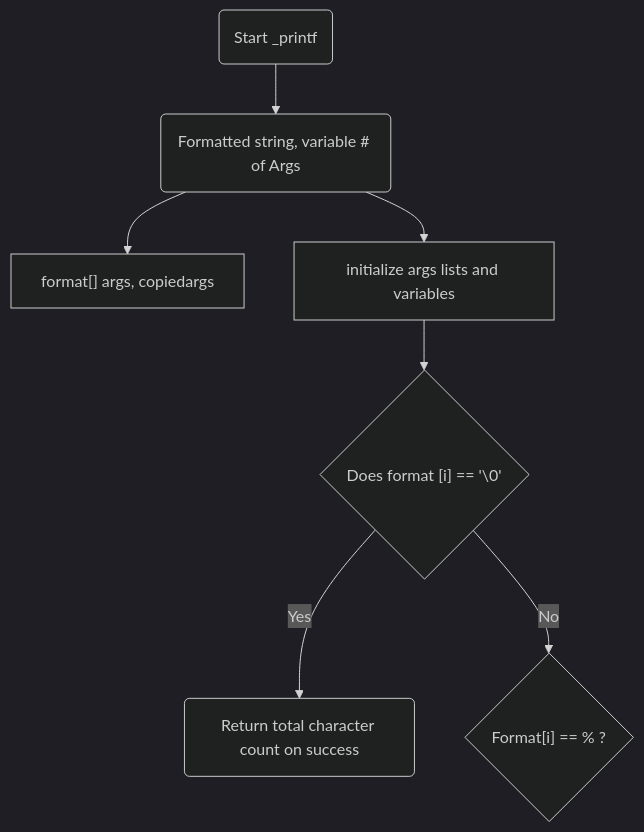
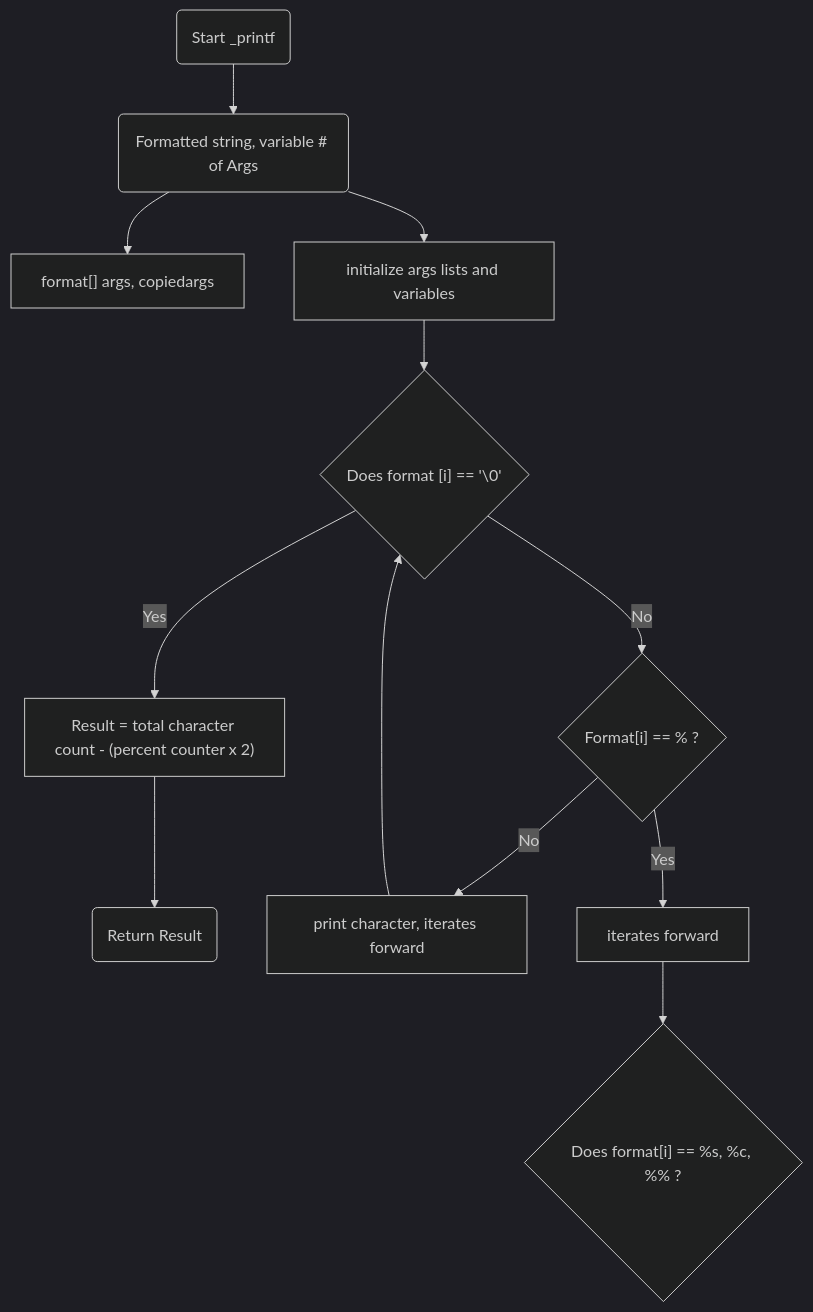
The diagram in README.md (MBall0u/atlas-printf), drawn with Mermaid (dark theme) before and after one commit.

Commit message:
README.md/flowchart

````diff
--- a/README.md
+++ b/README.md
@@ -32,9 +32,14 @@
 ```mermaid
 graph TD;
 	A(Start _printf) -->B(Formatted string, variable # of Args)
     B --> C["format[]" args, copiedargs]
     B --> D[initialize args lists and variables]
     D --> E{"Does format [i]" == '\0'}
-    E --> |Yes|F(Return total character count on success)
+    E --> |Yes|F["Result = total character count - (percent counter x 2)"]
+    F --> Z(Return Result)
     E --> |No|G{"Format[i]" == % ?}
+    G --> |No|H[print character, iterates forward]
+    H --> E
+    G --> |Yes|Y[iterates forward]
+    Y --> I{"Does format[i]" == %s, %c, %% ?}
 ```
````
